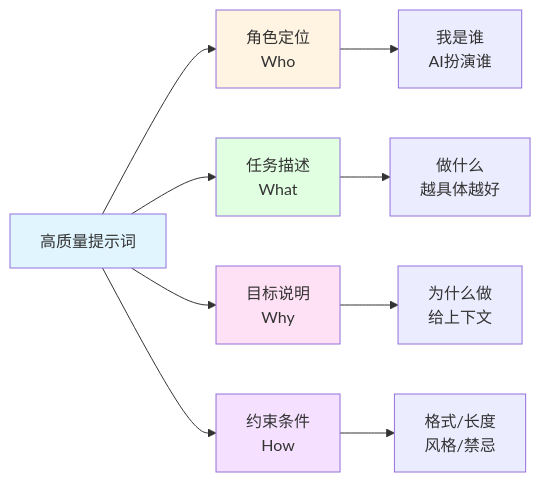
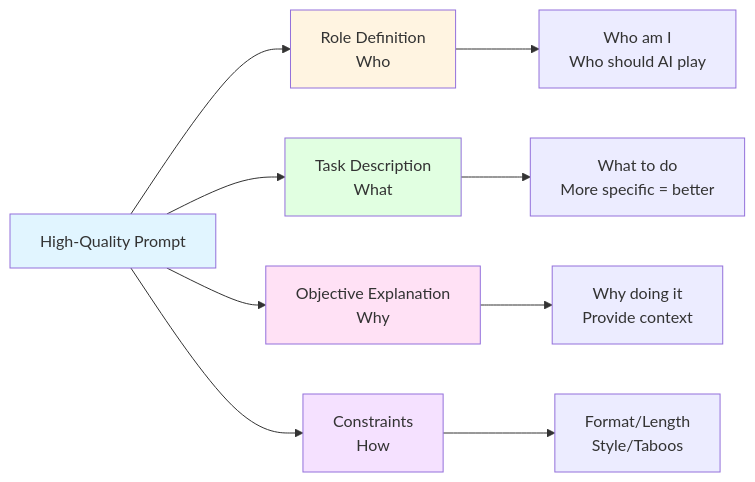
One commit to tianhongTina/ai-literacy-bootcamp changed the seventh of 7 diagrams in docs/lessons/lesson-0.md. Above: the diagram before and after it, drawn with Mermaid. The commit also changed other lines of this file and 18 other files, not shown here.

````diff
--- a/docs/lessons/lesson-0.md
+++ b/docs/lessons/lesson-0.md
@@ -1083,18 +1090,18 @@
 ```mermaid
 graph LR
-    A[高质量提示词] --> B[角色定位<br/>Who]
-    A --> C[任务描述<br/>What]
-    A --> D[目标说明<br/>Why]
-    A --> E[约束条件<br/>How]
-    
-    B --> B1[我是谁<br/>AI扮演谁]
-    C --> C1[做什么<br/>越具体越好]
-    D --> D1[为什么做<br/>给上下文]
-    E --> E1[格式/长度<br/>风格/禁忌]
-    
+    A[High-Quality Prompt] --> B[Role Definition<br/>Who]
+    A --> C[Task Description<br/>What]
+    A --> D[Objective Explanation<br/>Why]
+    A --> E[Constraints<br/>How]
+
+    B --> B1[Who am I<br/>Who should AI play]
+    C --> C1[What to do<br/>More specific = better]
+    D --> D1[Why doing it<br/>Provide context]
+    E --> E1[Format/Length<br/>Style/Taboos]
+
     style A fill:#e1f5ff
     style B fill:#fff4e1
     style C fill:#e1ffe1
     style D fill:#ffe1f5
     style E fill:#f5e1ff
 ```
````
